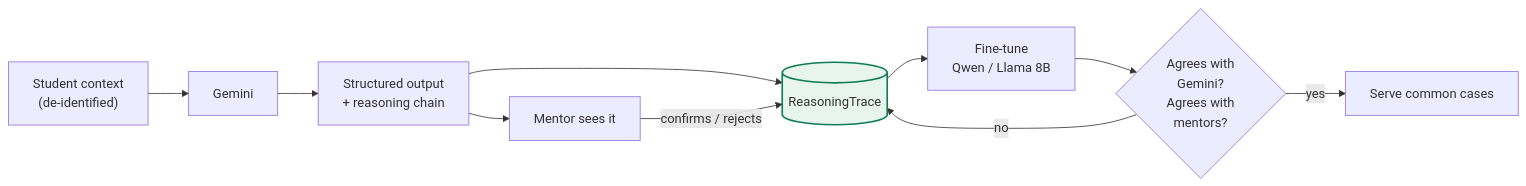
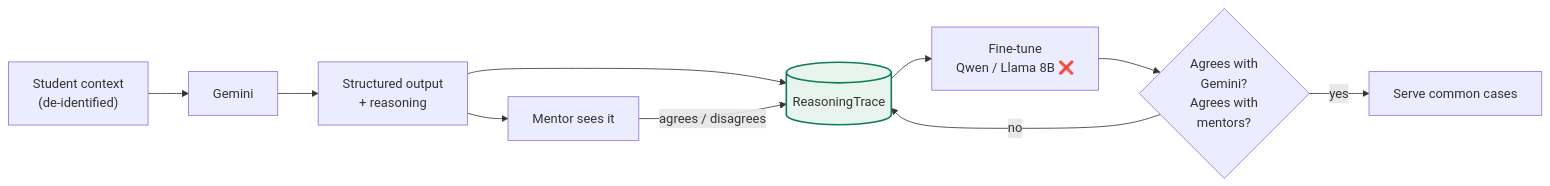
Before and after one commit to Anugrah619/Studeent-Ai: the second of 5 diagrams in TECHNICAL_DOC.md, drawn with Mermaid. The commit also changed other lines of this file and 5 other files, not shown here.

````diff
--- a/TECHNICAL_DOC.md
+++ b/TECHNICAL_DOC.md
@@ -163,14 +232,14 @@
 ```mermaid
 graph LR
     CTX["Student context<br/>(de-identified)"] --> G["Gemini"]
-    G --> OUT["Structured output<br/>+ reasoning chain"]
+    G --> OUT["Structured output<br/>+ reasoning"]
     OUT --> TR[("ReasoningTrace")]
     OUT --> UI["Mentor sees it"]
-    UI -->|confirms / rejects| TR
-    TR --> FT["Fine-tune<br/>Qwen / Llama 8B"]
+    UI -->|agrees / disagrees| TR
+    TR --> FT["Fine-tune<br/>Qwen / Llama 8B  ❌"]
     FT --> EVAL{"Agrees with<br/>Gemini?<br/>Agrees with<br/>mentors?"}
     EVAL -->|yes| ROUTE["Serve common cases"]
     EVAL -->|no| TR
 
     style TR fill:#e8f5ee,stroke:#0E7C57,stroke-width:2px
 ```
````
